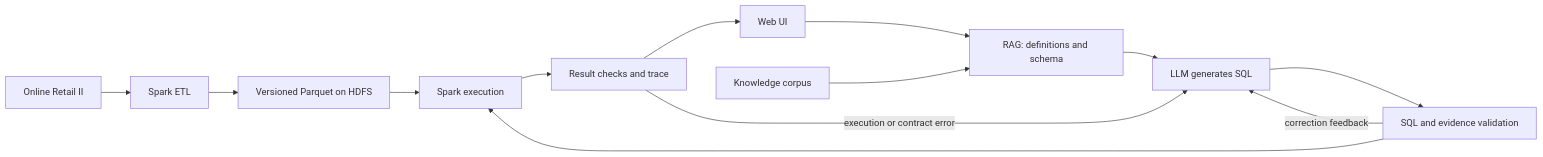
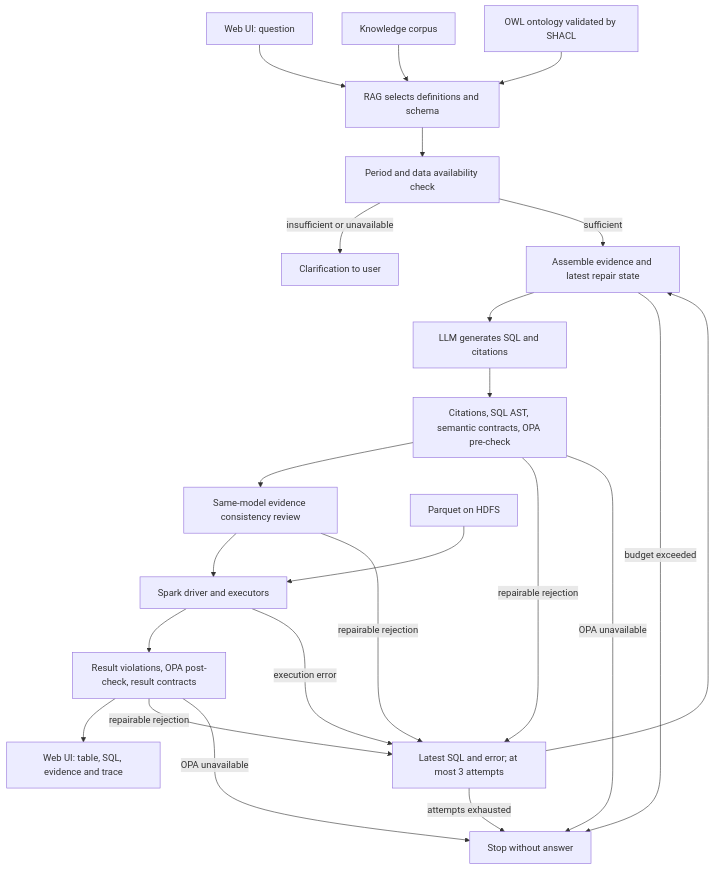
The second of 2 diagrams in README.md (NATTAPAT-LEUNGRUNGSAP/customer-intelligence-agent-spark-hdfs), drawn with Mermaid before and after one commit. The commit also changed other lines of this file and 6 other files, not shown here.

Commit message:
Align README architecture and explain SHACL validation

````diff
--- a/README.md
+++ b/README.md
@@ -22,15 +33,25 @@
 ```mermaid
-flowchart LR
-    Data[Online Retail II] --> ETL[Spark ETL]
-    ETL --> HDFS[Versioned Parquet on HDFS]
-    User[Web UI] --> RAG[RAG: definitions and schema]
+flowchart TD
+    UI[Web UI: question] --> RAG[RAG selects definitions and schema]
     KB[Knowledge corpus] --> RAG
-    RAG --> Agent[LLM generates SQL]
-    Agent --> Guard[SQL and evidence validation]
-    Guard --> Spark[Spark execution]
-    HDFS --> Spark
-    Spark --> Result[Result checks and trace]
-    Result --> User
-    Guard -->|correction feedback| Agent
-    Result -->|execution or contract error| Agent
+    Ont[OWL ontology validated by SHACL] --> RAG
+    RAG --> Policy[Period and data availability check]
+    Policy -->|insufficient or unavailable| Clarify[Clarification to user]
+    Policy -->|sufficient| Context[Assemble evidence and latest repair state]
+    Context --> LLM[LLM generates SQL and citations]
+    LLM --> Pre[Citations, SQL AST, semantic contracts, OPA pre-check]
+    Pre --> Review[Same-model evidence consistency review]
+    Review --> Spark[Spark driver and executors]
+    HDFS[Parquet on HDFS] --> Spark
+    Spark --> Post[Result violations, OPA post-check, result contracts]
+    Post --> Output[Web UI: table, SQL, evidence and trace]
+    Pre -->|repairable rejection| Repair[Latest SQL and error; at most 3 attempts]
+    Review -->|repairable rejection| Repair
+    Spark -->|execution error| Repair
+    Post -->|repairable rejection| Repair
+    Repair --> Context
+    Repair -->|attempts exhausted| Stop
+    Context -->|budget exceeded| Stop
+    Pre -->|OPA unavailable| Stop[Stop without answer]
+    Post -->|OPA unavailable| Stop
 ```
````
